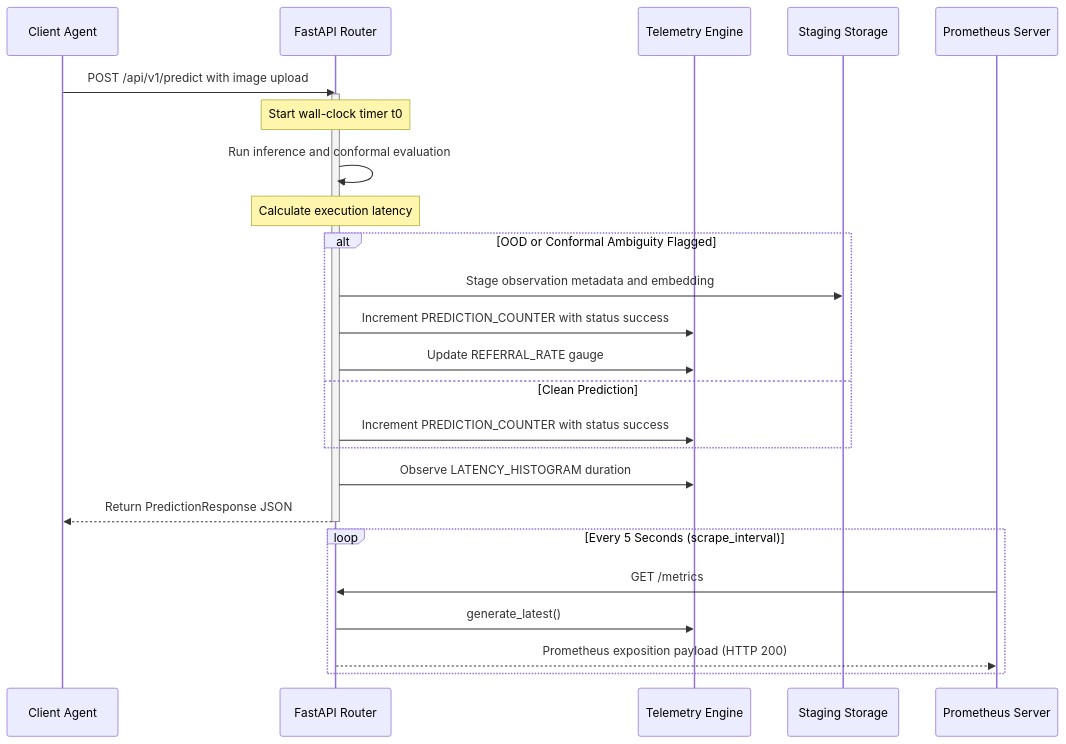
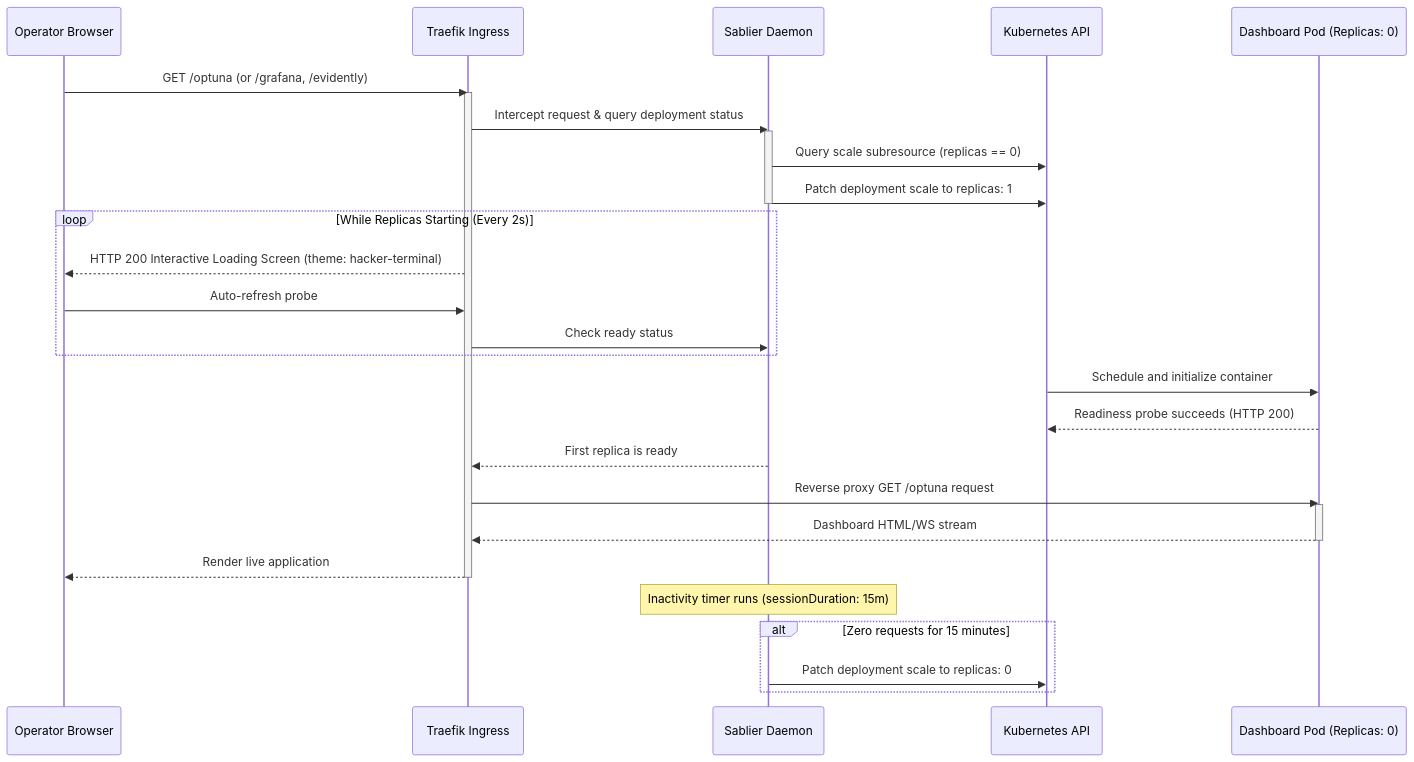
Before and after one commit to foersben/taxon-vision-mlops: the first of 2 diagrams in openwiki/operations/deployment-and-observability.md, drawn with Mermaid. The commit also changed other lines of this file and 27 other files, not shown here.

````diff
--- a/openwiki/operations/deployment-and-observability.md
+++ b/openwiki/operations/deployment-and-observability.md
@@ -222,32 +309,37 @@
 ```mermaid
 sequenceDiagram
-    participant C as Client Agent
-    participant API as FastAPI Router
-    participant M as Telemetry Engine
-    participant S as Staging Storage
-    participant P as Prometheus Server
+    participant User as Operator Browser
+    participant Traefik as Traefik Ingress
+    participant Sablier as Sablier Daemon
+    participant K8s as Kubernetes API
+    participant Pod as Dashboard Pod (Replicas: 0)
 
-    C->>API: POST /api/v1/predict with image upload
-    activate API
-    Note over API: Start wall-clock timer t0
-    API->>API: Run inference and conformal evaluation
-    Note over API: Calculate execution latency
+    User->>Traefik: GET /optuna (or /grafana, /evidently)
+    activate Traefik
+    Traefik->>Sablier: Intercept request & query deployment status
+    activate Sablier
+    Sablier->>K8s: Query scale subresource (replicas == 0)
+    Sablier->>K8s: Patch deployment scale to replicas: 1
+    deactivate Sablier
 
-    alt OOD or Conformal Ambiguity Flagged
-        API->>S: Stage observation metadata and embedding
-        API->>M: Increment PREDICTION_COUNTER with status success
-        API->>M: Update REFERRAL_RATE gauge
-    else Clean Prediction
-        API->>M: Increment PREDICTION_COUNTER with status success
+    loop While Replicas Starting (Every 2s)
+        Traefik-->>User: HTTP 200 Interactive Loading Screen (theme: hacker-terminal)
+        User->>Traefik: Auto-refresh probe
+        Traefik->>Sablier: Check ready status
     end
-    API->>M: Observe LATENCY_HISTOGRAM duration
 
-    API-->>C: Return PredictionResponse JSON
-    deactivate API
+    K8s->>Pod: Schedule and initialize container
+    Pod-->>K8s: Readiness probe succeeds (HTTP 200)
+    Sablier-->>Traefik: First replica is ready
+    Traefik->>Pod: Reverse proxy GET /optuna request
+    activate Pod
+    Pod-->>Traefik: Dashboard HTML/WS stream
+    deactivate Pod
+    Traefik-->>User: Render live application
+    deactivate Traefik
 
-    loop Every 5 Seconds (scrape_interval)
-        P->>API: GET /metrics
-        API->>M: generate_latest()
-        API-->>P: Prometheus exposition payload (HTTP 200)
+    Note over Sablier: Inactivity timer runs (sessionDuration: 15m)
+    alt Zero requests for 15 minutes
+        Sablier->>K8s: Patch deployment scale to replicas: 0
     end
 ```
````
